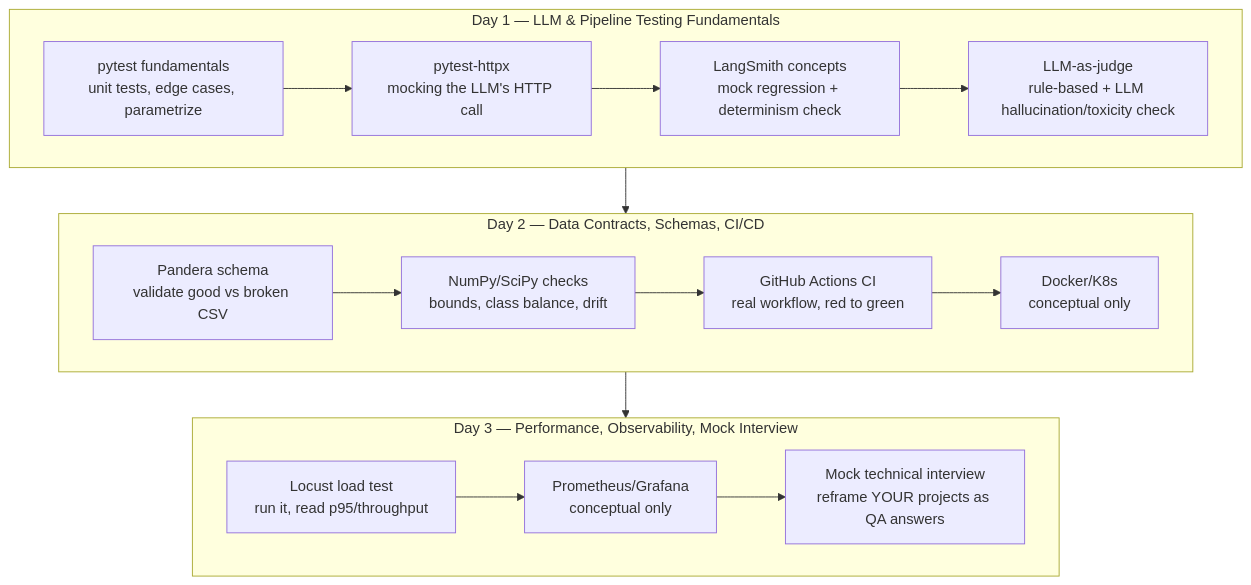
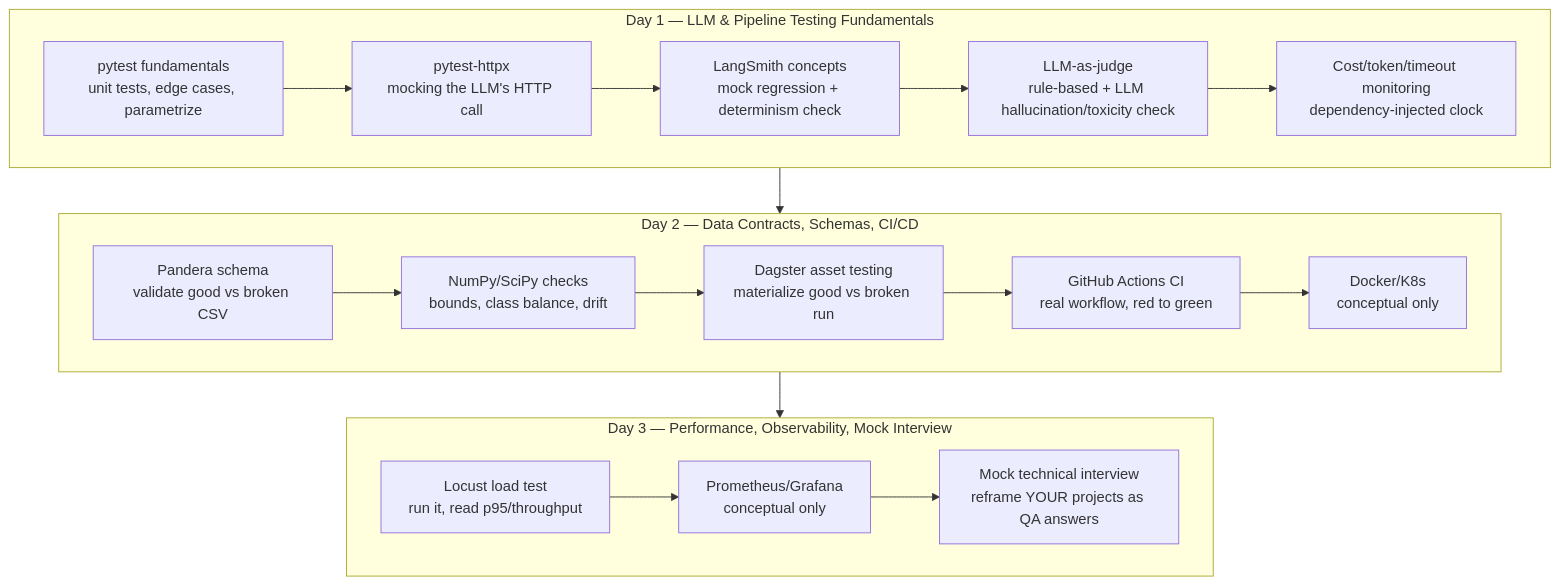
Before and after one commit to Arj0010/ai-engineer-bootcamp: the diagram in Module-7-QA-DS-Engineer-Bootcamp/README.md, drawn with Mermaid. The commit also changed other lines of this file and 17 other files, not shown here.

First line of the commit message:
Add Dagster orchestration testing and GenAI cost/token/timeout monitoring exercises

````diff
--- a/Module-7-QA-DS-Engineer-Bootcamp/README.md
+++ b/Module-7-QA-DS-Engineer-Bootcamp/README.md
@@ -20,27 +20,29 @@
 ```mermaid
 flowchart TD
     subgraph Day1["Day 1 — LLM & Pipeline Testing Fundamentals"]
         D1A[pytest fundamentals\nunit tests, edge cases, parametrize]
         D1B[pytest-httpx\nmocking the LLM's HTTP call]
         D1C[LangSmith concepts\nmock regression + determinism check]
         D1D[LLM-as-judge\nrule-based + LLM hallucination/toxicity check]
-        D1A --> D1B --> D1C --> D1D
+        D1E[Cost/token/timeout monitoring\ndependency-injected clock]
+        D1A --> D1B --> D1C --> D1D --> D1E
     end
 
     subgraph Day2["Day 2 — Data Contracts, Schemas, CI/CD"]
         D2A[Pandera schema\nvalidate good vs broken CSV]
         D2B[NumPy/SciPy checks\nbounds, class balance, drift]
-        D2C[GitHub Actions CI\nreal workflow, red to green]
-        D2D[Docker/K8s\nconceptual only]
-        D2A --> D2B --> D2C --> D2D
+        D2C[Dagster asset testing\nmaterialize good vs broken run]
+        D2D[GitHub Actions CI\nreal workflow, red to green]
+        D2E[Docker/K8s\nconceptual only]
+        D2A --> D2B --> D2C --> D2D --> D2E
     end
 
     subgraph Day3["Day 3 — Performance, Observability, Mock Interview"]
         D3A[Locust load test\nrun it, read p95/throughput]
         D3B[Prometheus/Grafana\nconceptual only]
         D3C[Mock technical interview\nreframe YOUR projects as QA answers]
         D3A --> D3B --> D3C
     end
 
     Day1 --> Day2 --> Day3
 ```
````
